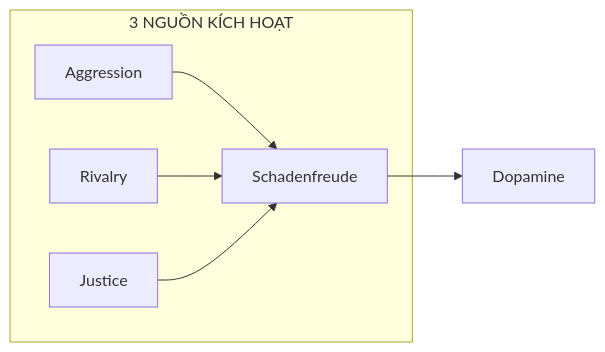
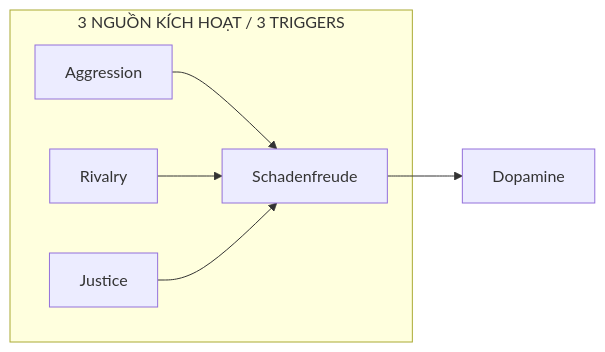
The second of 5 diagrams in mental-models/Schadenfreude - Dopamine Phản Diện.md (dyukahi/knowledge), drawn with Mermaid before and after one commit. The commit also changed other lines of this file and 3 other files, not shown here.

````diff
--- a/mental-models/Schadenfreude - Dopamine Phản Diện.md
+++ b/mental-models/Schadenfreude - Dopamine Phản Diện.md
@@ -64,10 +66,10 @@
 ```mermaid
 graph LR
-    subgraph "3 NGUỒN KÍCH HOẠT"
+    subgraph "3 NGUỒN KÍCH HOẠT / 3 TRIGGERS"
         A[Aggression] --> D[Schadenfreude]
         B[Rivalry] --> D
         C[Justice] --> D
     end
     
     D --> E[Dopamine]
 ```
````
